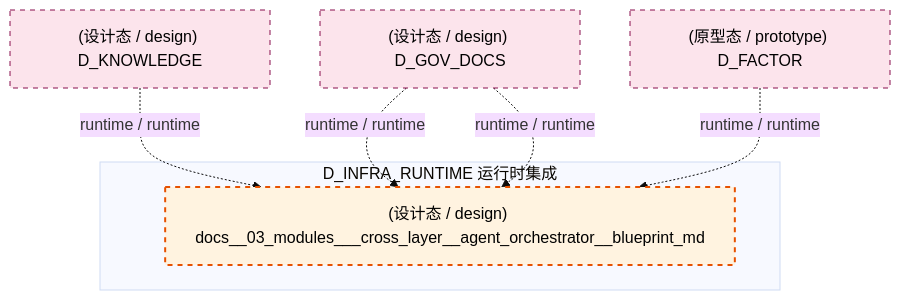
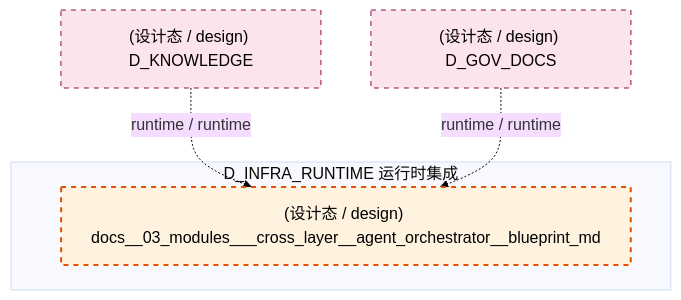
The eighth of 10 diagrams in docs/02_enterprise_architecture/02_domain_architecture_docs/04_d_infra_runtime.md (xuanFelixVan/ZephyrAlpha), drawn with Mermaid (base theme) before and after one commit. The commit also changed other lines of this file and 88 other files, not shown here.

````diff
--- a/docs/02_enterprise_architecture/02_domain_architecture_docs/04_d_infra_runtime.md
+++ b/docs/02_enterprise_architecture/02_domain_architecture_docs/04_d_infra_runtime.md
@@ -1043,19 +1039,16 @@
 ```mermaid
 graph TD
     subgraph D_INFRA_RUNTIME["D_INFRA_RUNTIME 运行时集成"]
         docs_03_modules_cross_layer_agent_orchestrator_blueprint_md["(设计态 / design) docs__03_modules___cross_layer__agent_orchestrator__blueprint_md"]
     end
     D_KNOWLEDGE["(设计态 / design) D_KNOWLEDGE"]
     D_KNOWLEDGE -.->|runtime / runtime| docs_03_modules_cross_layer_agent_orchestrator_blueprint_md
     D_GOV_DOCS["(设计态 / design) D_GOV_DOCS"]
     D_GOV_DOCS -.->|runtime / runtime| docs_03_modules_cross_layer_agent_orchestrator_blueprint_md
-    D_GOV_DOCS -.->|runtime / runtime| docs_03_modules_cross_layer_agent_orchestrator_blueprint_md
-    D_FACTOR["(原型态 / prototype) D_FACTOR"]
-    D_FACTOR -.->|runtime / runtime| docs_03_modules_cross_layer_agent_orchestrator_blueprint_md
     classDef production fill:#e1f5fe,stroke:#01579b,stroke-width:2px,color:#000
     classDef design fill:#fff3e0,stroke:#e65100,stroke-width:2px,color:#000,stroke-dasharray: 5 5
     classDef external_prod fill:#e8f5e9,stroke:#1b5e20,stroke-width:1px,color:#000
     classDef external_design fill:#fce4ec,stroke:#880e4f,stroke-width:1px,color:#000,stroke-dasharray: 5 5
     class docs_03_modules_cross_layer_agent_orchestrator_blueprint_md design
-    class D_KNOWLEDGE,D_GOV_DOCS,D_FACTOR external_design
+    class D_KNOWLEDGE,D_GOV_DOCS external_design
 ```
````
